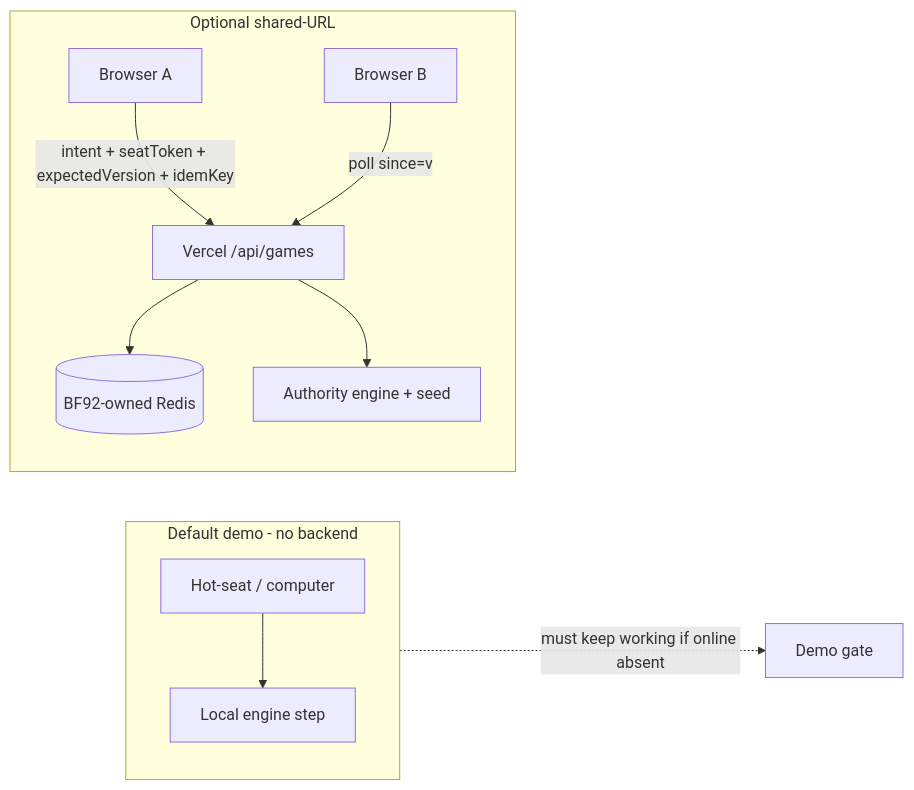
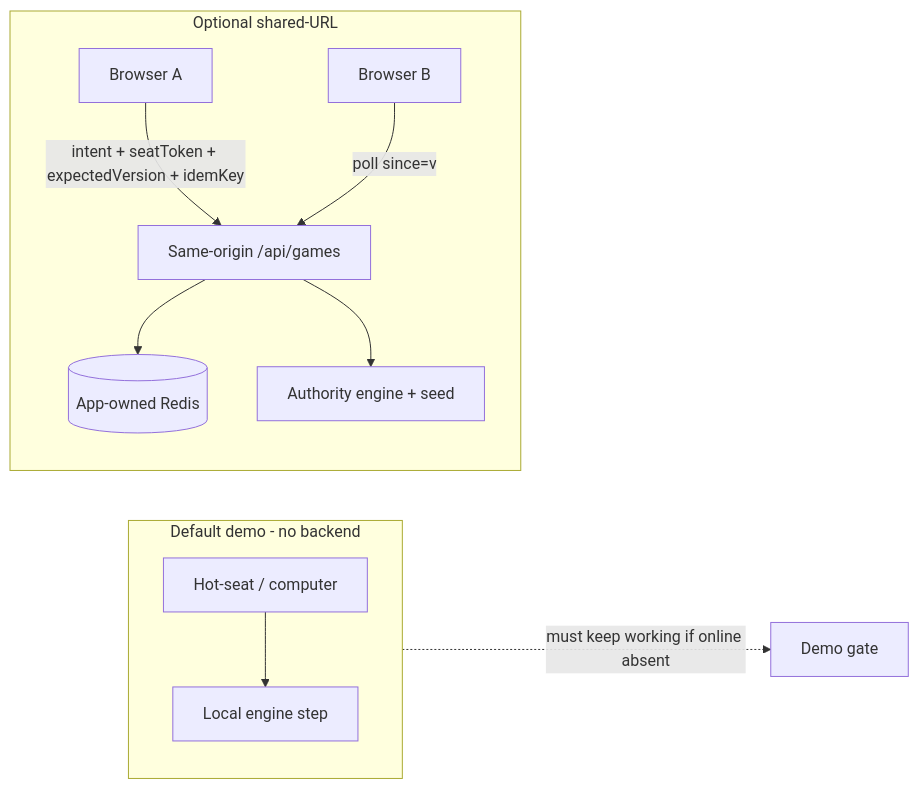
One commit to squashy/indyinit changed the diagram in docs/BTT27-architect-adaptation-contract.md. Above: the diagram before and after it, drawn with Mermaid. The commit also changed other lines of this file and 1 other file, not shown here.

````diff
--- a/docs/BTT27-architect-adaptation-contract.md
+++ b/docs/BTT27-architect-adaptation-contract.md
@@ -74,15 +73,15 @@
 ```mermaid
 flowchart LR
   subgraph demo [Default demo - no backend]
     HS[Hot-seat / computer]
     ENG1[Local engine step]
     HS --> ENG1
   end
   subgraph online [Optional shared-URL]
-    C1[Browser A] -->|intent + seatToken + expectedVersion + idemKey| API[Vercel /api/games]
+    C1[Browser A] -->|intent + seatToken + expectedVersion + idemKey| API[Same-origin /api/games]
     C2[Browser B] -->|poll since=v| API
-    API --> KV[(BF92-owned Redis)]
+    API --> KV[(App-owned Redis)]
     API --> ENG2[Authority engine + seed]
   end
   demo -.->|must keep working if online absent| X[Demo gate]
 ```
````
